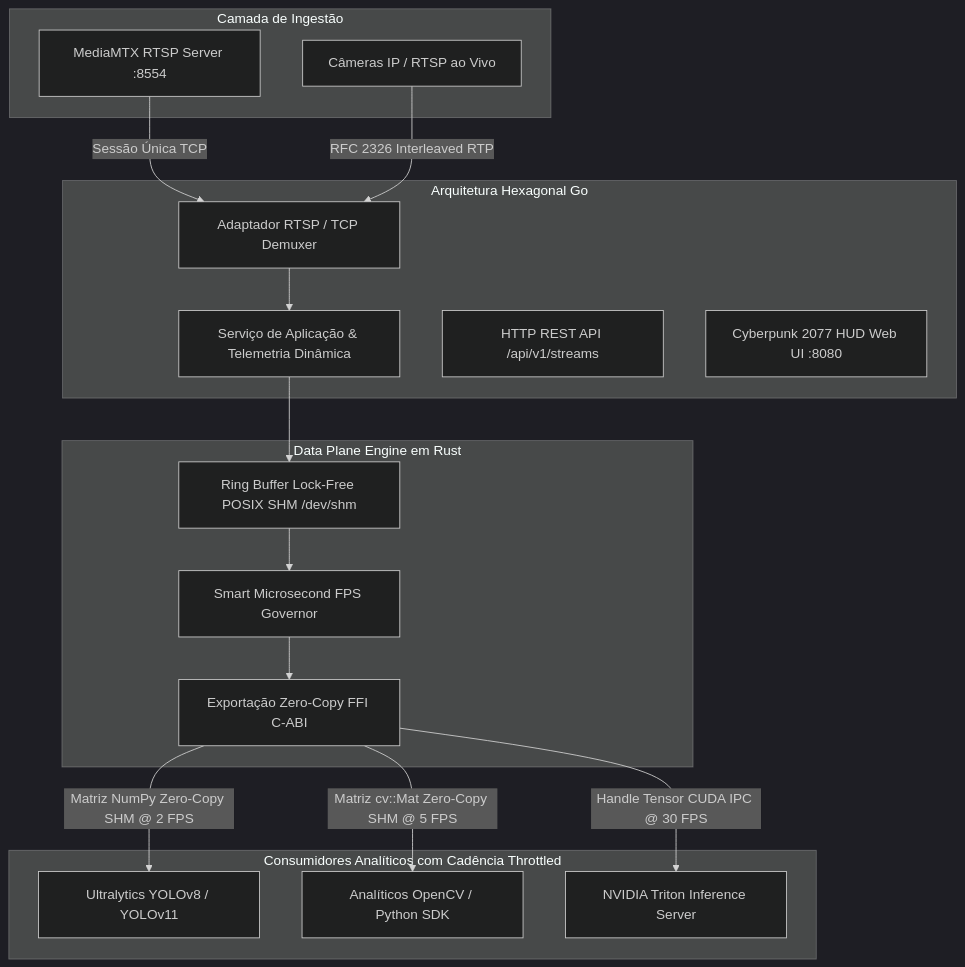
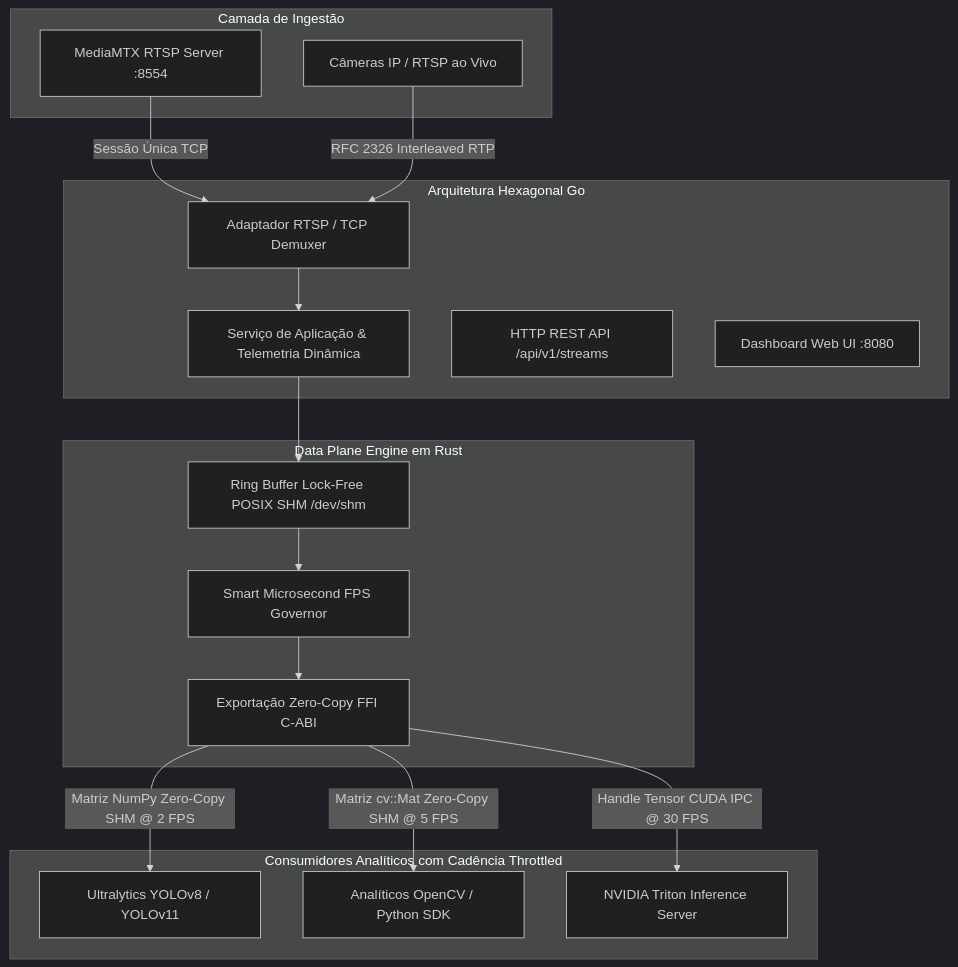
The diagram in README.pt-BR.md (eduardomdalmaso/HydraStream), drawn with Mermaid (dark theme) before and after one commit. The commit also changed other lines of this file and 3 other files, not shown here.

````diff
--- a/README.pt-BR.md
+++ b/README.pt-BR.md
@@ -43,33 +43,33 @@
 ```mermaid
 flowchart TD
     subgraph Stream Ingress [Camada de Ingestão]
         MediaMTX[MediaMTX RTSP Server :8554]
         IPCam[Câmeras IP / RTSP ao Vivo]
     end
 
     subgraph Go Control Plane [Arquitetura Hexagonal Go]
         IngestAdapter[Adaptador RTSP / TCP Demuxer]
         StreamService[Serviço de Aplicação & Telemetria Dinâmica]
         RESTRouter[HTTP REST API /api/v1/streams]
-        CyberpunkUI[Cyberpunk 2077 HUD Web UI :8080]
+        WebUI[Dashboard Web UI :8080]
     end
 
     subgraph Rust Data Plane [Data Plane Engine em Rust]
         SHM_Ring[Ring Buffer Lock-Free POSIX SHM /dev/shm]
         Gov[Smart Microsecond FPS Governor]
         FFI[Exportação Zero-Copy FFI C-ABI]
     end
 
     MediaMTX -->|Sessão Única TCP| IngestAdapter
     IPCam -->|RFC 2326 Interleaved RTP| IngestAdapter
     IngestAdapter --> StreamService
     StreamService --> SHM_Ring
     SHM_Ring --> Gov
     Gov --> FFI
 
     subgraph Analytics Consumers [Consumidores Analíticos com Cadência Throttled]
         FFI -->|Matriz NumPy Zero-Copy SHM @ 2 FPS| PythonYOLO[Ultralytics YOLOv8 / YOLOv11]
         FFI -->|Matriz cv::Mat Zero-Copy SHM @ 5 FPS| OpenCV[Analíticos OpenCV / Python SDK]
         FFI -->|Handle Tensor CUDA IPC @ 30 FPS| Triton[NVIDIA Triton Inference Server]
     end
 ```
````
